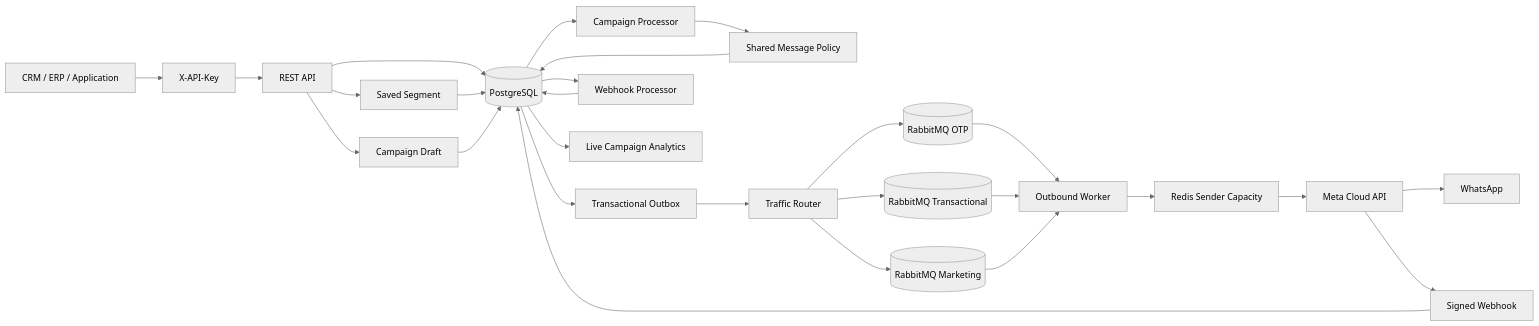
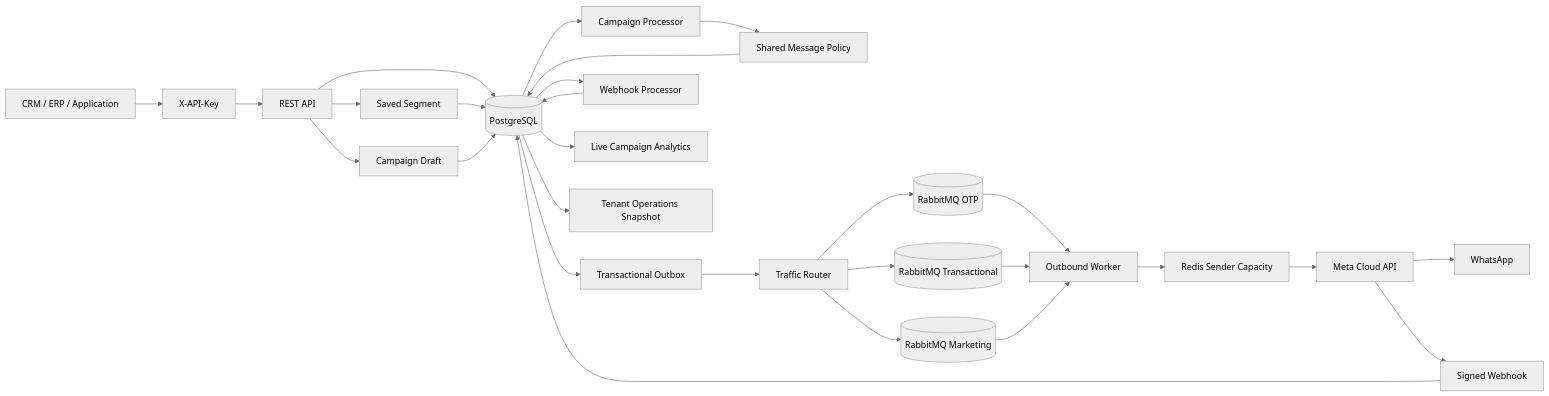
One commit to netctc/apiWhatsApp changed the diagram in README.md. Above: the diagram before and after it, drawn with Mermaid (neutral theme). The commit also changed other lines of this file, not shown here.

````diff
--- a/README.md
+++ b/README.md
@@ -35,29 +37,30 @@
 ```mermaid
 flowchart LR
     Client[CRM / ERP / Application] --> Auth[X-API-Key]
     Auth --> API[REST API]
     API --> DB[(PostgreSQL)]
     API --> Segment[Saved Segment]
     Segment --> DB
     API --> Campaign[Campaign Draft]
     Campaign --> DB
     DB --> CampaignProcessor[Campaign Processor]
     CampaignProcessor --> Policy[Shared Message Policy]
     Policy --> DB
     DB --> Outbox[Transactional Outbox]
     Outbox --> Router[Traffic Router]
     Router --> OTP[(RabbitMQ OTP)]
     Router --> TX[(RabbitMQ Transactional)]
     Router --> MKT[(RabbitMQ Marketing)]
     OTP --> Worker[Outbound Worker]
     TX --> Worker
     MKT --> Worker
     Worker --> Rate[Redis Sender Capacity]
     Rate --> Meta[Meta Cloud API]
     Meta --> WhatsApp[WhatsApp]
     Meta --> Webhook[Signed Webhook]
     Webhook --> DB
     DB --> WebhookProcessor[Webhook Processor]
     WebhookProcessor --> DB
     DB --> Analytics[Live Campaign Analytics]
+    DB --> Operations[Tenant Operations Snapshot]
 ```
````
